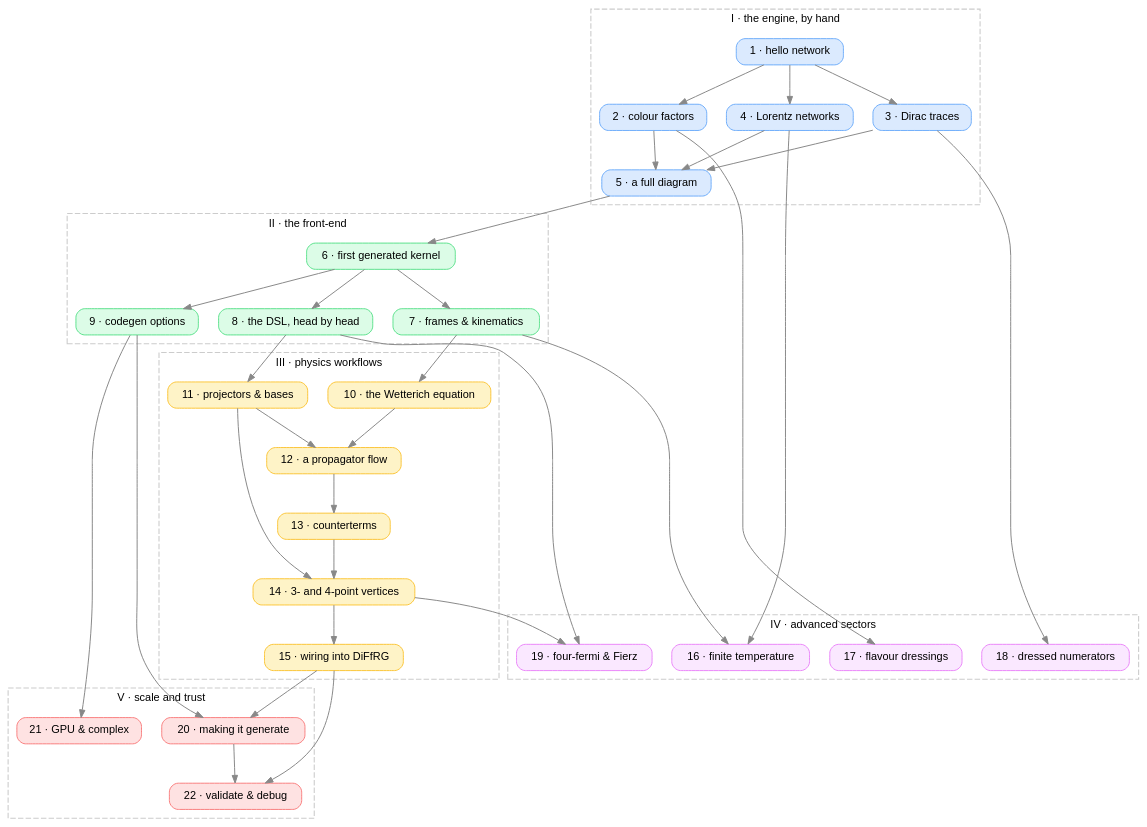
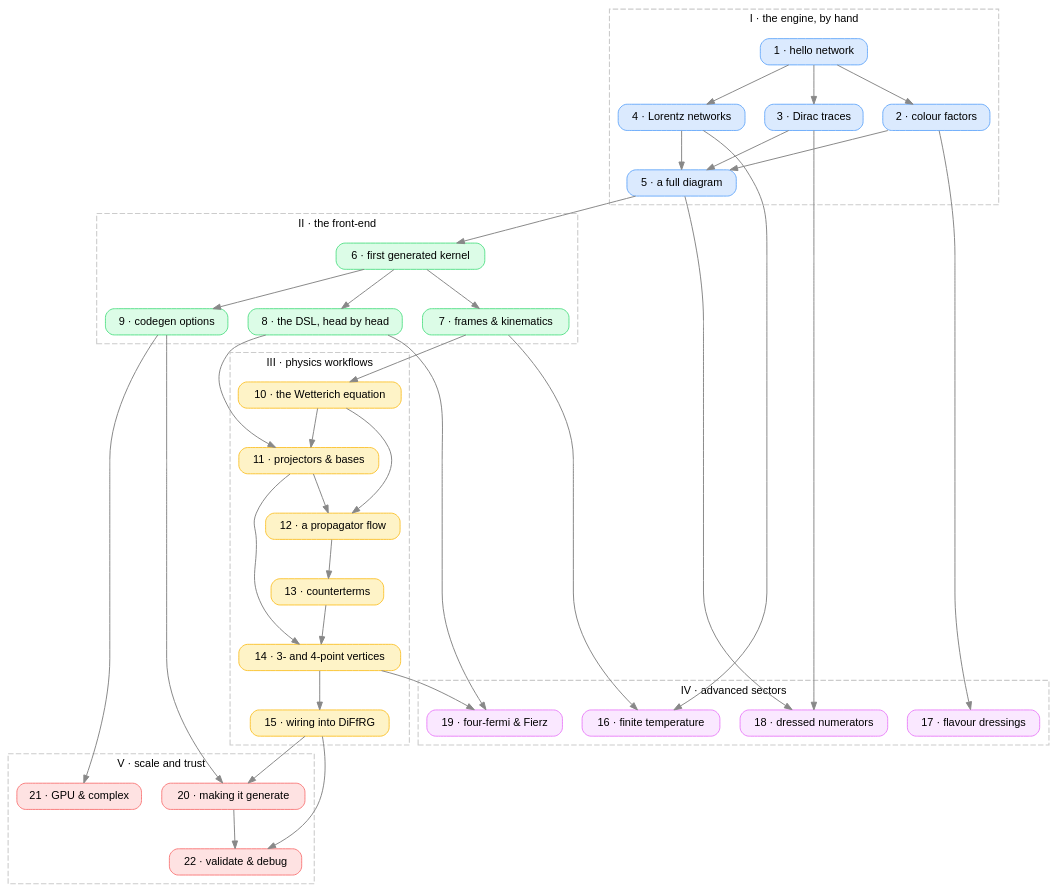
The diagram in numtracer/documentation/tutorials/index.md (KKockler/NumTracer), drawn with Graphviz before and after one commit. The commit also changed 79 other files, not shown here.

````diff
--- a/numtracer/documentation/tutorials/index.md
+++ b/numtracer/documentation/tutorials/index.md
@@ -38,76 +38,76 @@
 ```{graphviz}
 :alt: How the tutorial steps build on one another
 
 digraph tutorials {
   bgcolor="transparent";
   rankdir=TB;
   node [shape=box, style="rounded,filled", fontname="Helvetica", fontsize=10,
         target="_top", penwidth=0.8, height=0.34];
   edge [color="#888888", arrowsize=0.7, penwidth=0.9];
 
   subgraph cluster_1 {
     label="I · the engine, by hand"; fontname="Helvetica"; fontsize=10;
     color="#cccccc"; style=dashed;
     node [fillcolor="#dbeafe", color="#60a5fa"];
     s01 [label="1 · hello network",     URL="../tutorials/step-01.html"];
     s02 [label="2 · colour factors",    URL="../tutorials/step-02.html"];
     s03 [label="3 · Dirac traces",      URL="../tutorials/step-03.html"];
     s04 [label="4 · Lorentz networks",  URL="../tutorials/step-04.html"];
     s05 [label="5 · a full diagram",    URL="../tutorials/step-05.html"];
   }
 
   subgraph cluster_2 {
     label="II · the front-end"; fontname="Helvetica"; fontsize=10;
     color="#cccccc"; style=dashed;
     node [fillcolor="#dcfce7", color="#4ade80"];
     s06 [label="6 · first generated kernel", URL="../tutorials/step-06.html"];
     s07 [label="7 · frames & kinematics",    URL="../tutorials/step-07.html"];
     s08 [label="8 · the DSL, head by head",  URL="../tutorials/step-08.html"];
     s09 [label="9 · codegen options",        URL="../tutorials/step-09.html"];
   }
 
   subgraph cluster_3 {
     label="III · physics workflows"; fontname="Helvetica"; fontsize=10;
     color="#cccccc"; style=dashed;
     node [fillcolor="#fef3c7", color="#fbbf24"];
     s10 [label="10 · the Wetterich equation", URL="../tutorials/step-10.html"];
     s11 [label="11 · projectors & bases",     URL="../tutorials/step-11.html"];
     s12 [label="12 · a propagator flow",      URL="../tutorials/step-12.html"];
     s13 [label="13 · counterterms",           URL="../tutorials/step-13.html"];
     s14 [label="14 · 3- and 4-point vertices",URL="../tutorials/step-14.html"];
     s15 [label="15 · wiring into DiFfRG",     URL="../tutorials/step-15.html"];
   }
 
   subgraph cluster_4 {
     label="IV · advanced sectors"; fontname="Helvetica"; fontsize=10;
     color="#cccccc"; style=dashed;
     node [fillcolor="#fae8ff", color="#e879f9"];
     s16 [label="16 · finite temperature",   URL="../tutorials/step-16.html"];
     s17 [label="17 · flavour dressings",    URL="../tutorials/step-17.html"];
     s18 [label="18 · dressed numerators",   URL="../tutorials/step-18.html"];
     s19 [label="19 · four-fermi & Fierz",   URL="../tutorials/step-19.html"];
   }
 
   subgraph cluster_5 {
     label="V · scale and trust"; fontname="Helvetica"; fontsize=10;
     color="#cccccc"; style=dashed;
     node [fillcolor="#fee2e2", color="#f87171"];
     s20 [label="20 · making it generate", URL="../tutorials/step-20.html"];
     s21 [label="21 · GPU & complex",      URL="../tutorials/step-21.html"];
     s22 [label="22 · validate & debug",   URL="../tutorials/step-22.html"];
   }
 
   s01 -> s02; s01 -> s03; s01 -> s04;
   s02 -> s05; s03 -> s05; s04 -> s05;
-  s02 -> s17; s03 -> s18; s04 -> s16;
+  s02 -> s17; s03 -> s18; s04 -> s16; s05 -> s18;
   s05 -> s06;
   s06 -> s07; s06 -> s08; s06 -> s09;
   s07 -> s10; s07 -> s16;
   s08 -> s11; s08 -> s19;
   s09 -> s20; s09 -> s21;
-  s10 -> s12; s11 -> s12; s11 -> s14;
+  s10 -> s11; s10 -> s12; s11 -> s12; s11 -> s14;
   s12 -> s13; s13 -> s14;
   s14 -> s15; s14 -> s19;
   s15 -> s20; s15 -> s22; s20 -> s22;
 }
 ```
````
